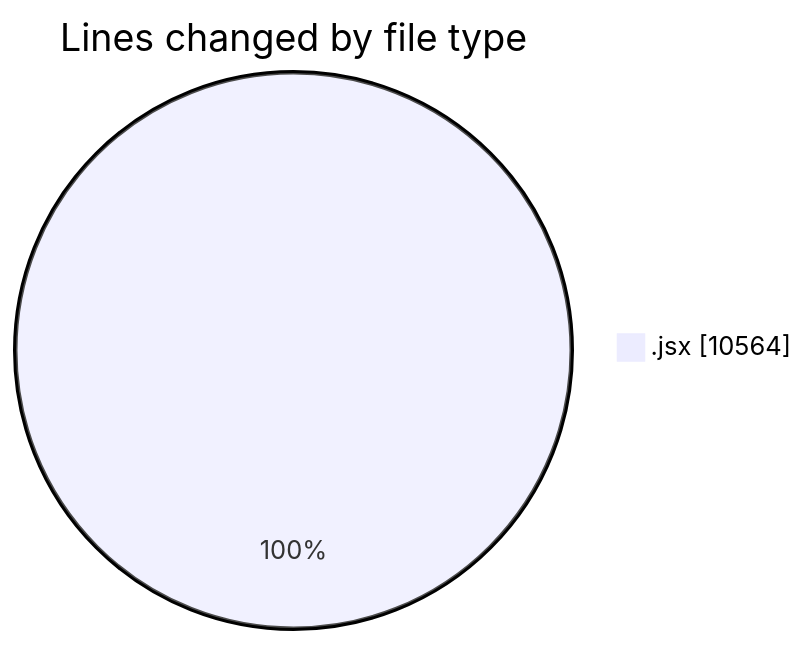
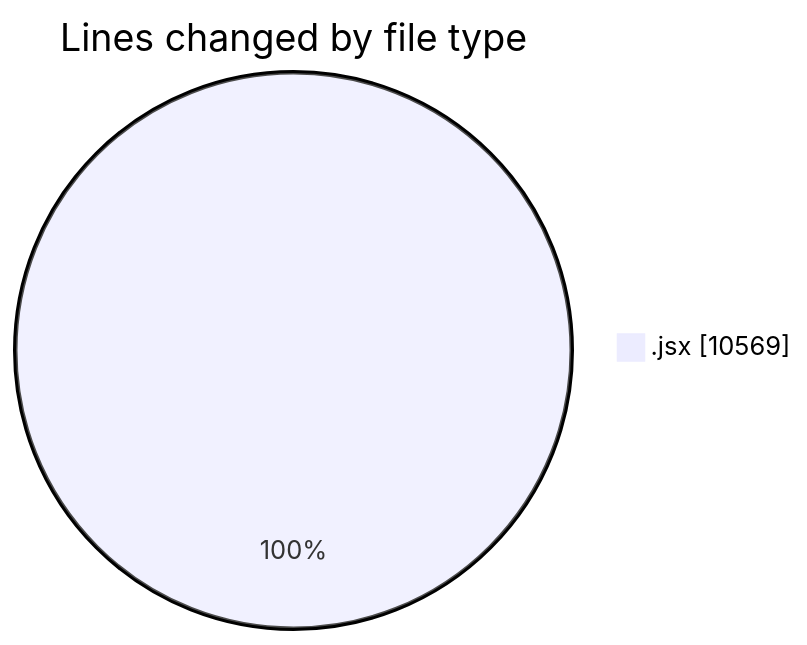
Before and after one commit to nxtqubesakshisongat/code-tracking: the first of 2 diagrams in 2025-05-26/nxtqube_webapp/README.md, drawn with Mermaid. The commit also changed other lines of this file and 1 other file, not shown here.

````diff
--- a/2025-05-26/nxtqube_webapp/README.md
+++ b/2025-05-26/nxtqube_webapp/README.md
@@ -22,5 +22,5 @@
 ```mermaid
 pie showData
 title Lines changed by file type
-".jsx" : 10564
+".jsx" : 10569
 ```
````
